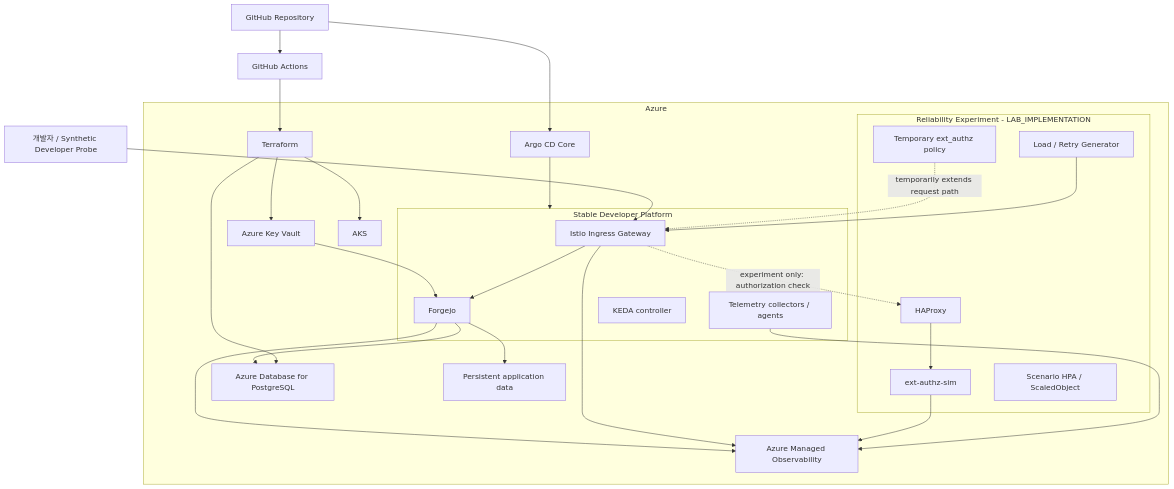
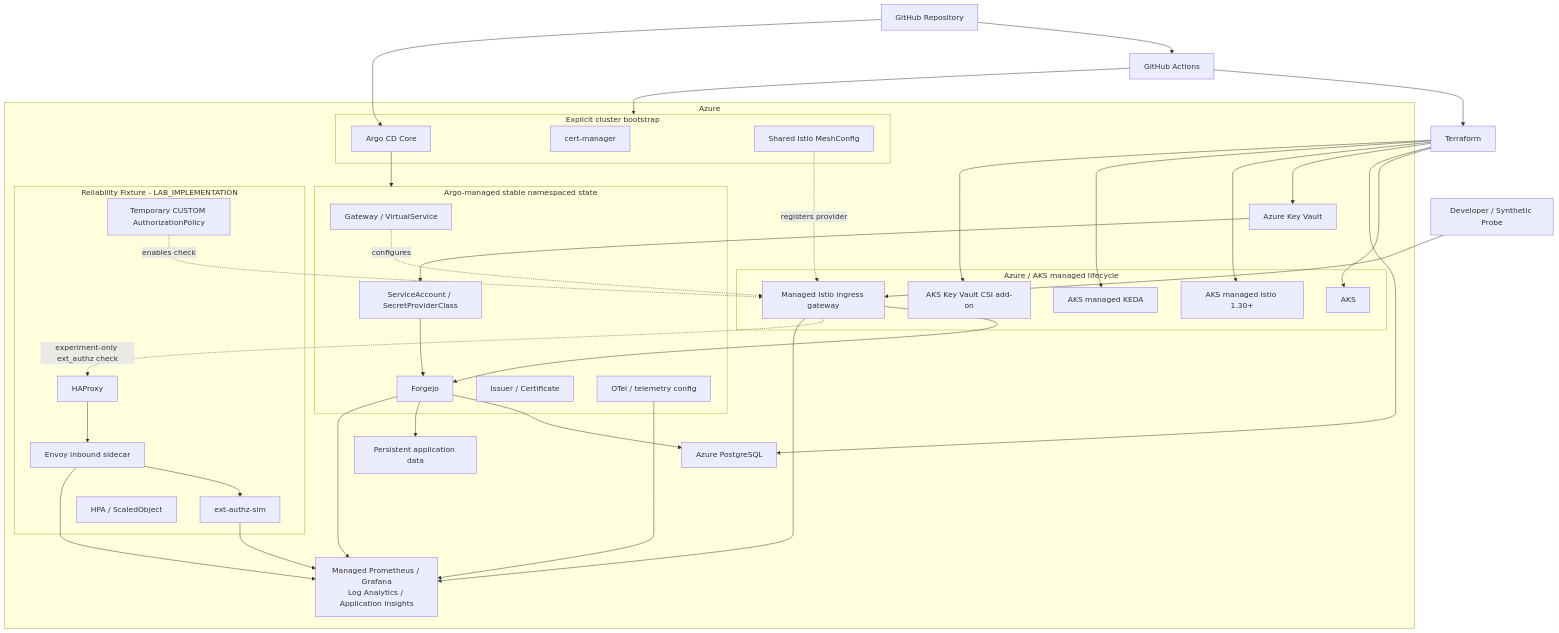
One commit to imcherry5778-labs/github-capacity-cascade-platform-archive changed the diagram in docs/architecture.md. Above: the diagram before and after it, drawn with Mermaid. The commit also changed other lines of this file and 5 other files, not shown here.

First line of the commit message:
docs(implementation): 구현 명세와 Azure lifecycle 확정

````diff
--- a/docs/architecture.md
+++ b/docs/architecture.md
@@ -9,59 +13,77 @@
 ```mermaid
 flowchart TB
-    DEV["개발자 / Synthetic Developer Probe"]
+    DEV["Developer / Synthetic Probe"]
     GH["GitHub Repository"]
     CI["GitHub Actions"]
+    TF["Terraform"]
 
     subgraph AZ["Azure"]
-        TF["Terraform"]
-        AKS["AKS"]
-
-        ARGO["Argo CD Core"]
-
-        subgraph STABLE["Stable Developer Platform"]
-            INGRESS["Istio Ingress Gateway"]
-            FORGEJO["Forgejo"]
-            TEL["Telemetry collectors / agents"]
-            KEDA["KEDA controller"]
+        subgraph MANAGED["Azure / AKS managed lifecycle"]
+            AKS["AKS"]
+            MESH["AKS managed Istio 1.30+"]
+            MIGW["Managed Istio ingress gateway"]
+            MKEDA["AKS managed KEDA"]
+            CSI["AKS Key Vault CSI add-on"]
         end
 
-        PG["Azure Database for PostgreSQL"]
+        subgraph BOOT["Explicit cluster bootstrap"]
+            ARGO["Argo CD Core"]
+            CERT["cert-manager"]
+            MCFG["Shared Istio MeshConfig"]
+        end
+
+        subgraph STABLE["Argo-managed stable namespaced state"]
+            ROUTE["Gateway / VirtualService"]
+            FORGEJO["Forgejo"]
+            TLS["Issuer / Certificate"]
+            WID["ServiceAccount / SecretProviderClass"]
+            TEL["OTel / telemetry config"]
+        end
+
+        PG["Azure PostgreSQL"]
         DISK["Persistent application data"]
         KV["Azure Key Vault"]
 
-        subgraph EXP["Reliability Experiment - LAB_IMPLEMENTATION"]
+        subgraph EXP["Reliability Fixture - LAB_IMPLEMENTATION"]
             HAP["HAProxy"]
-            AUTHZ["ext-authz-sim"]
-            POLICY["Temporary ext_authz policy"]
-            SCALE["Scenario HPA / ScaledObject"]
-            LOAD["Load / Retry Generator"]
+            ENVOY["Envoy inbound sidecar"]
+            AUTH["ext-authz-sim"]
+            POLICY["Temporary CUSTOM AuthorizationPolicy"]
+            SCALE["HPA / ScaledObject"]
         end
 
-        OBS["Azure Managed Observability"]
+        OBS["Managed Prometheus / Grafana
+Log Analytics / Application Insights"]
     end
 
     GH --> CI
     CI --> TF
     TF --> AKS
     TF --> PG
     TF --> KV
+    TF --> MESH
+    TF --> MKEDA
+    TF --> CSI
 
+    CI --> BOOT
     GH --> ARGO
     ARGO --> STABLE
 
-    DEV --> INGRESS --> FORGEJO
+    DEV --> MIGW
+    ROUTE -. "configures" .-> MIGW
+    MIGW --> FORGEJO
     FORGEJO --> PG
     FORGEJO --> DISK
+    KV --> WID --> FORGEJO
 
-    LOAD --> INGRESS
-    INGRESS -. "experiment only: authorization check" .-> HAP
-    HAP --> AUTHZ
-    POLICY -. "temporarily extends request path" .-> INGRESS
+    MIGW -. "experiment-only ext_authz check" .-> HAP
+    HAP --> ENVOY --> AUTH
+    POLICY -. "enables check" .-> MIGW
+    MCFG -. "registers provider" .-> MIGW
 
+    FORGEJO --> OBS
+    MIGW --> OBS
+    ENVOY --> OBS
+    AUTH --> OBS
     TEL --> OBS
-    AUTHZ --> OBS
-    INGRESS --> OBS
-    FORGEJO --> OBS
-
-    KV --> FORGEJO
 ```
````
